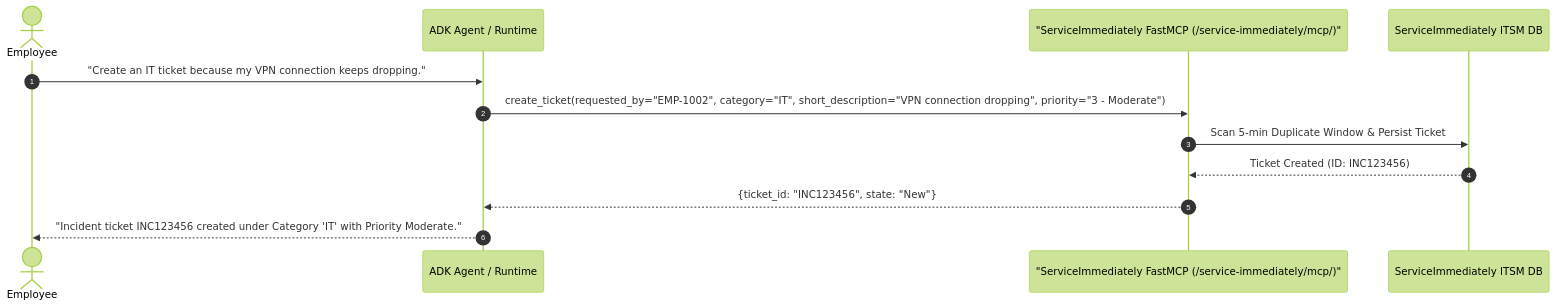
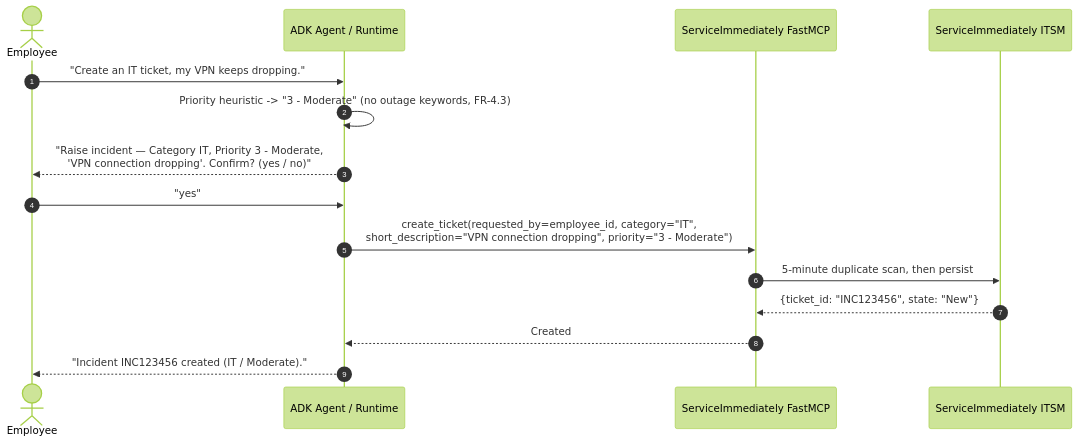
One commit to yangwhale/elevate-bj-g4 changed the fourth of 14 diagrams in SDD.md. Above: the diagram before and after it, drawn with Mermaid (forest theme). The commit also changed other lines of this file, not shown here.

````diff
--- a/SDD.md
+++ b/SDD.md
@@ -177,15 +191,18 @@
 ```mermaid
 sequenceDiagram
     autonumber
     actor Employee
     participant Agent as ADK Agent / Runtime
-    participant SI as "ServiceImmediately FastMCP (/service-immediately/mcp/)"
-    participant SI_DB as ServiceImmediately ITSM DB
+    participant SI as ServiceImmediately FastMCP
+    participant SI_DB as ServiceImmediately ITSM
 
-    Employee->>Agent: "Create an IT ticket because my VPN connection keeps dropping."
-    Agent->>SI: create_ticket(requested_by="EMP-1002", category="IT", short_description="VPN connection dropping", priority="3 - Moderate")
-    SI->>SI_DB: Scan 5-min Duplicate Window & Persist Ticket
-    SI_DB-->>SI: Ticket Created (ID: INC123456)
-    SI-->>Agent: {ticket_id: "INC123456", state: "New"}
-    Agent-->>Employee: "Incident ticket INC123456 created under Category 'IT' with Priority Moderate."
+    Employee->>Agent: "Create an IT ticket, my VPN keeps dropping."
+    Agent->>Agent: Priority heuristic -> "3 - Moderate" (no outage keywords, FR-4.3)
+    Agent-->>Employee: "Raise incident — Category IT, Priority 3 - Moderate,<br/>'VPN connection dropping'. Confirm? (yes / no)"
+    Employee->>Agent: "yes"
+    Agent->>SI: create_ticket(requested_by=employee_id, category="IT",<br/>short_description="VPN connection dropping", priority="3 - Moderate")
+    SI->>SI_DB: 5-minute duplicate scan, then persist
+    SI_DB-->>SI: {ticket_id: "INC123456", state: "New"}
+    SI-->>Agent: Created
+    Agent-->>Employee: "Incident INC123456 created (IT / Moderate)."
 ```
````
